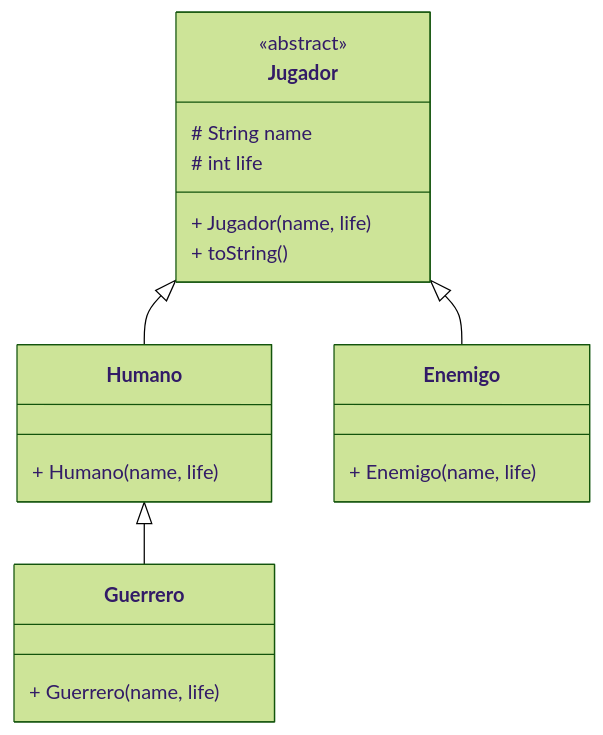
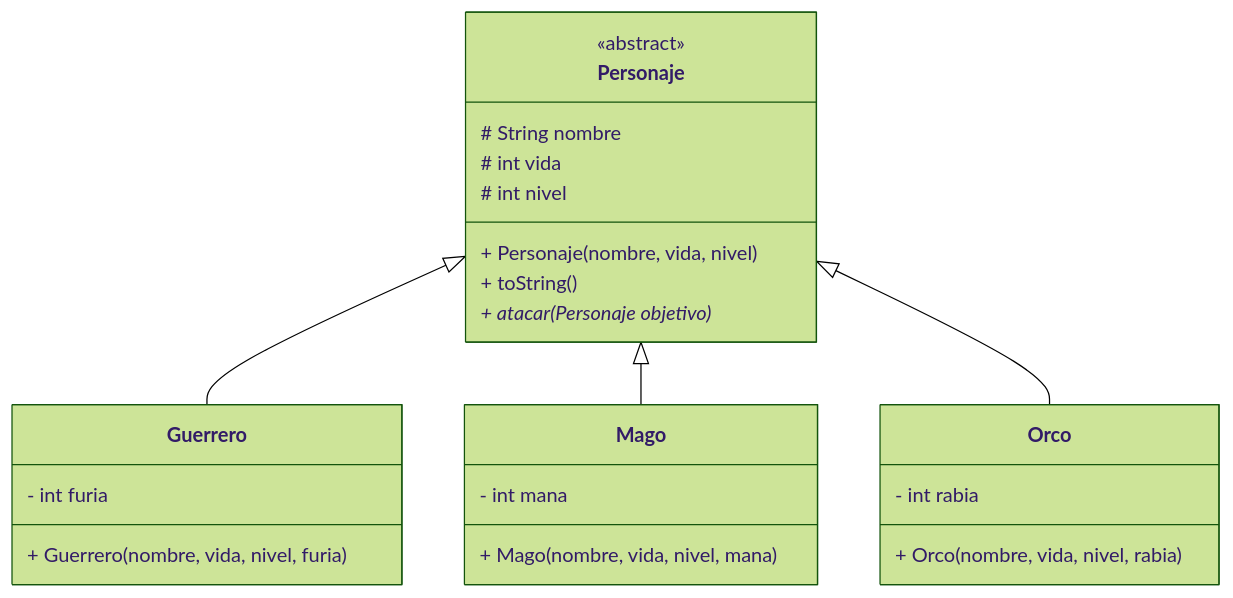
The first of 2 diagrams in docs/ejercicios/ud06/ejercicios_ud6_juego_rol.md (JMAbadLopez/programacion), drawn with Mermaid (forest theme) before and after one commit. The commit also changed other lines of this file and 29 other files, not shown here.

````diff
--- a/docs/ejercicios/ud06/ejercicios_ud6_juego_rol.md
+++ b/docs/ejercicios/ud06/ejercicios_ud6_juego_rol.md
@@ -17,23 +16,28 @@
 ```mermaid
 classDiagram
-    class Jugador {
+    class Personaje {
         <<abstract>>
-        # String name
-        # int life
-        + Jugador(name, life)
+        # String nombre
+        # int vida
+        # int nivel
+        + Personaje(nombre, vida, nivel)
         + toString()
-    }
-    class Humano {
-        + Humano(name, life)
-    }
-    class Enemigo {
-        + Enemigo(name, life)
+        + atacar(Personaje objetivo)*
     }
     class Guerrero {
-        + Guerrero(name, life)
+        - int furia
+        + Guerrero(nombre, vida, nivel, furia)
+    }
+    class Mago {
+        - int mana
+        + Mago(nombre, vida, nivel, mana)
+    }
+    class Orco {
+        - int rabia
+        + Orco(nombre, vida, nivel, rabia)
     }
 
-    Jugador <|-- Humano
-    Jugador <|-- Enemigo
-    Humano <|-- Guerrero
+    Personaje <|-- Guerrero
+    Personaje <|-- Mago
+    Personaje <|-- Orco
 ```
````
